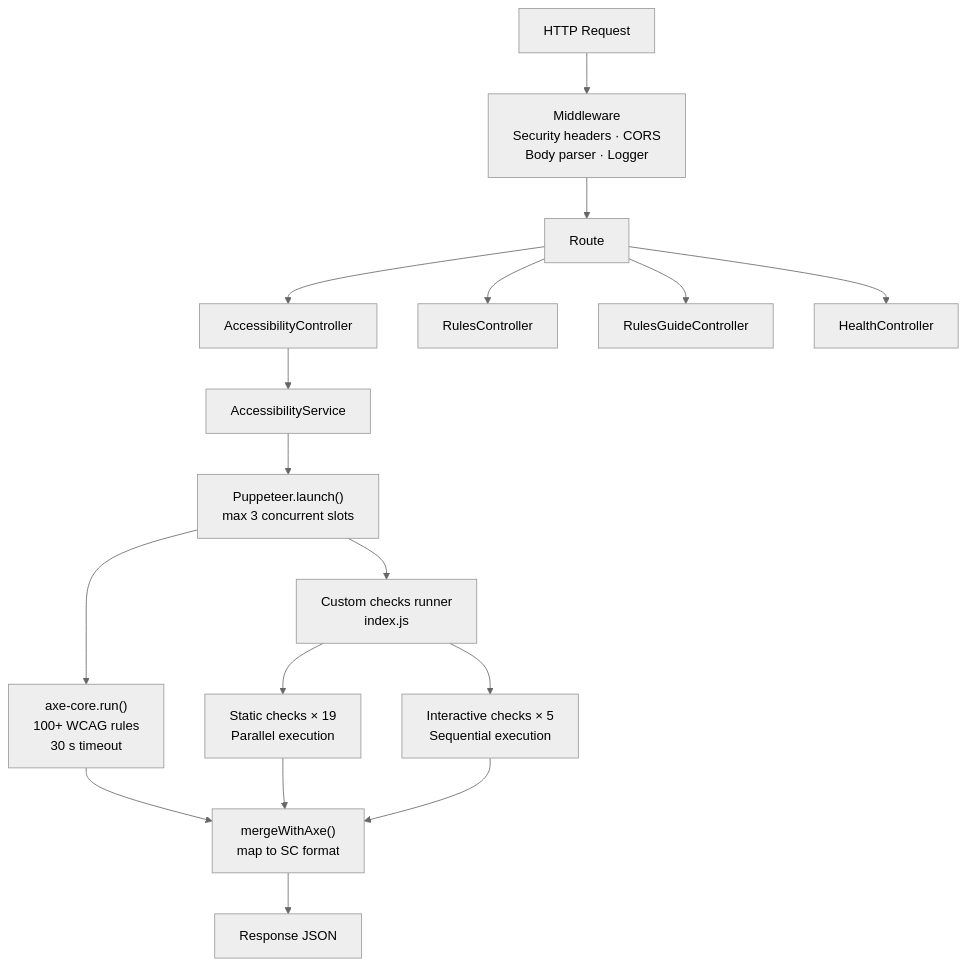
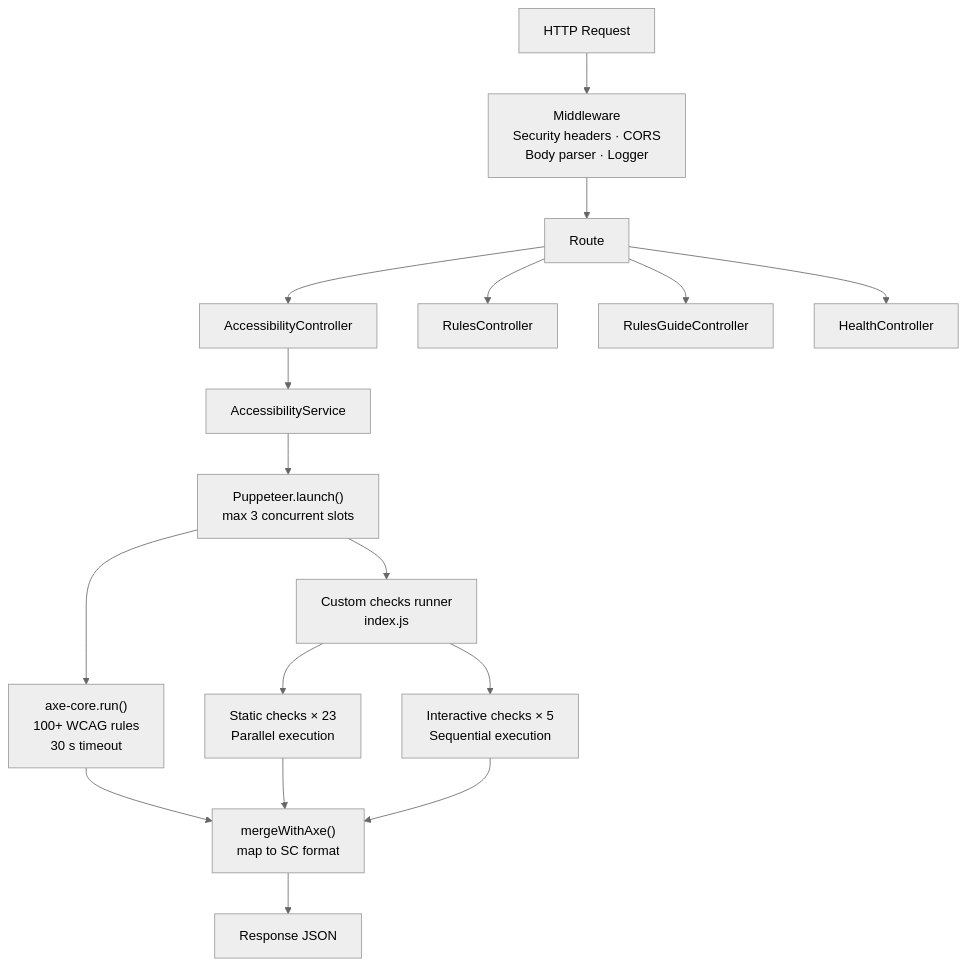
Before and after one commit to Sanjaypranavbc/ka11y: the sixth of 8 diagrams in ka11y-docs/architecture.mdx, drawn with Mermaid (neutral theme). The commit also changed other lines of this file and 7 other files, not shown here.

````diff
--- a/ka11y-docs/architecture.mdx
+++ b/ka11y-docs/architecture.mdx
@@ -172,23 +176,23 @@
 ```mermaid
 graph TD
     REQ["HTTP Request"] --> MW["Middleware\nSecurity headers · CORS\nBody parser · Logger"]
     MW --> RT["Route"]
 
     RT --> AC["AccessibilityController"]
     RT --> RC["RulesController"]
     RT --> RG["RulesGuideController"]
     RT --> HC["HealthController"]
 
     AC --> AS["AccessibilityService"]
     AS --> PU["Puppeteer.launch()\nmax 3 concurrent slots"]
     PU --> AX["axe-core.run()\n100+ WCAG rules\n30 s timeout"]
     PU --> CC["Custom checks runner\nindex.js"]
 
-    CC --> SC["Static checks × 19\nParallel execution"]
+    CC --> SC["Static checks × 23\nParallel execution"]
     CC --> IC["Interactive checks × 5\nSequential execution"]
 
     AX --> MR["mergeWithAxe()\nmap to SC format"]
     SC --> MR
     IC --> MR
     MR --> RS["Response JSON"]
 ```
````
